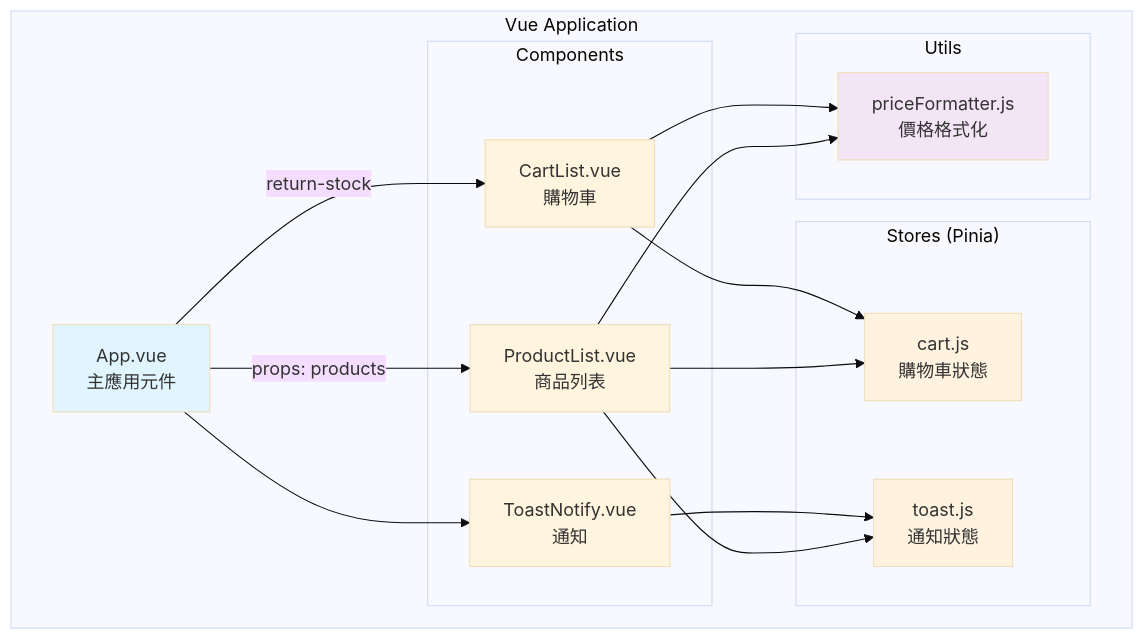
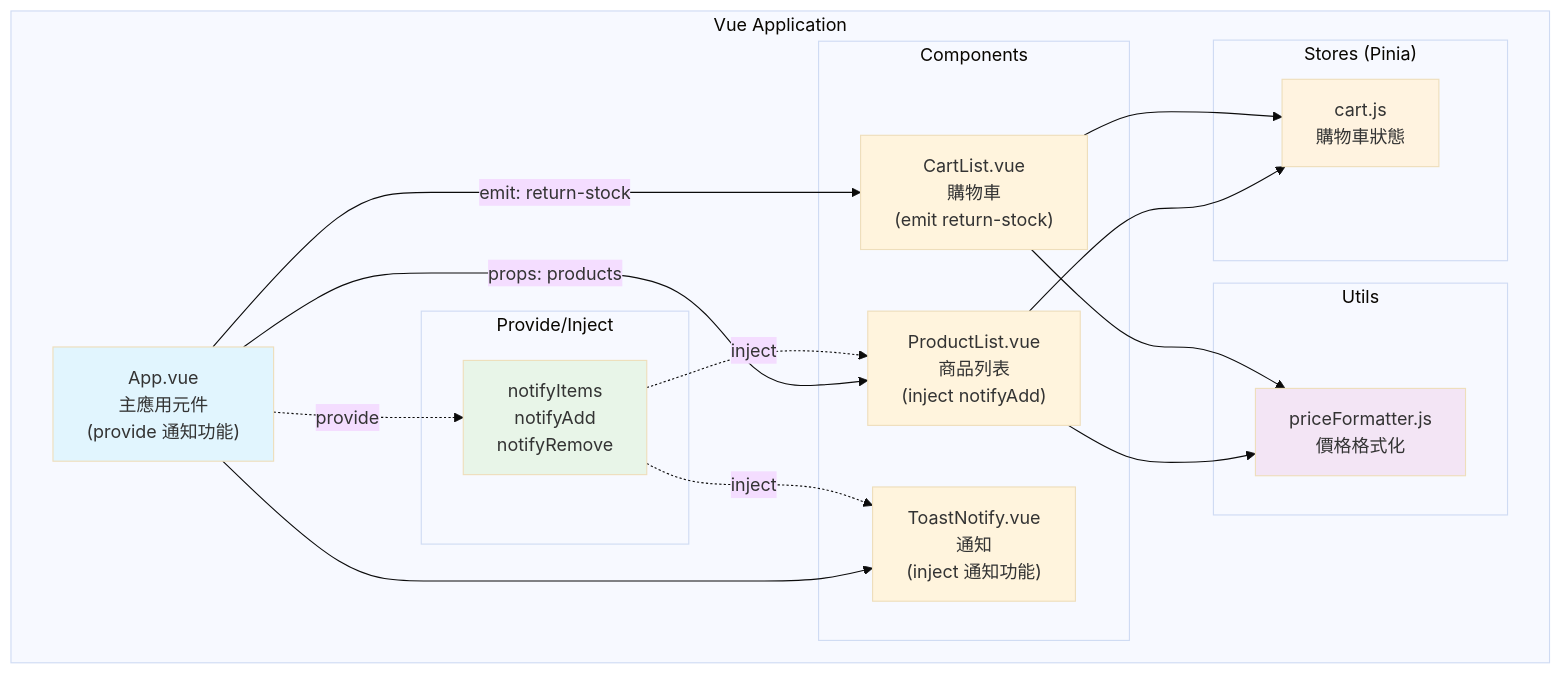
The first of 5 diagrams in README.md (dpi627/HexVueAdvTask), drawn with Mermaid (base theme) before and after one commit. The commit also changed other lines of this file, not shown here.

First line of the commit message:
feat: 更新流程圖與通知功能說明

````diff
--- a/README.md
+++ b/README.md
@@ -150,38 +150,43 @@
 ```mermaid
 graph TB
     subgraph "Vue Application"
-        App["App.vue<br/>主應用元件"]
+        App["App.vue<br/>主應用元件<br/>(provide 通知功能)"]
 
         subgraph "Components"
-            PL["ProductList.vue<br/>商品列表"]
-            CL["CartList.vue<br/>購物車"]
-            TN["ToastNotify.vue<br/>通知"]
+            PL["ProductList.vue<br/>商品列表<br/>(inject notifyAdd)"]
+            CL["CartList.vue<br/>購物車<br/>(emit return-stock)"]
+            TN["ToastNotify.vue<br/>通知<br/>(inject 通知功能)"]
         end
 
         subgraph "Stores (Pinia)"
             CS["cart.js<br/>購物車狀態"]
-            TS["toast.js<br/>通知狀態"]
         end
 
         subgraph "Utils"
             PF["priceFormatter.js<br/>價格格式化"]
         end
+
+        subgraph "Provide/Inject"
+            PI["notifyItems<br/>notifyAdd<br/>notifyRemove"]
+        end
     end
 
     App -->|props: products| PL
-    App -->|return-stock| CL
+    App -->|emit: return-stock| CL
     App --> TN
 
+    App -.->|provide| PI
+    PI -.->|inject| PL
+    PI -.->|inject| TN
+
     PL --> CS
-    PL --> TS
     CL --> CS
-    TN --> TS
 
     PL --> PF
     CL --> PF
 
     style App fill:#e1f5fe
     style CS fill:#fff3e0
-    style TS fill:#fff3e0
     style PF fill:#f3e5f5
+    style PI fill:#e8f5e8
 ```
````
